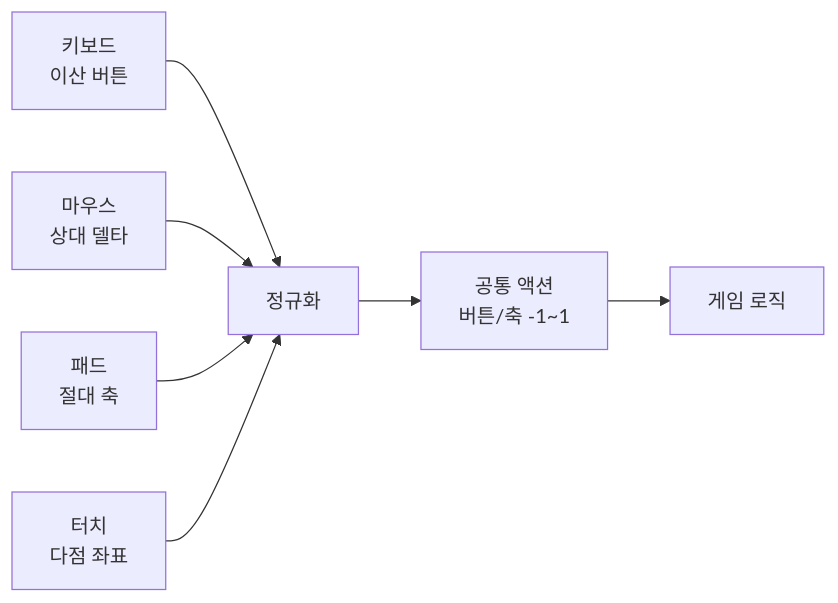
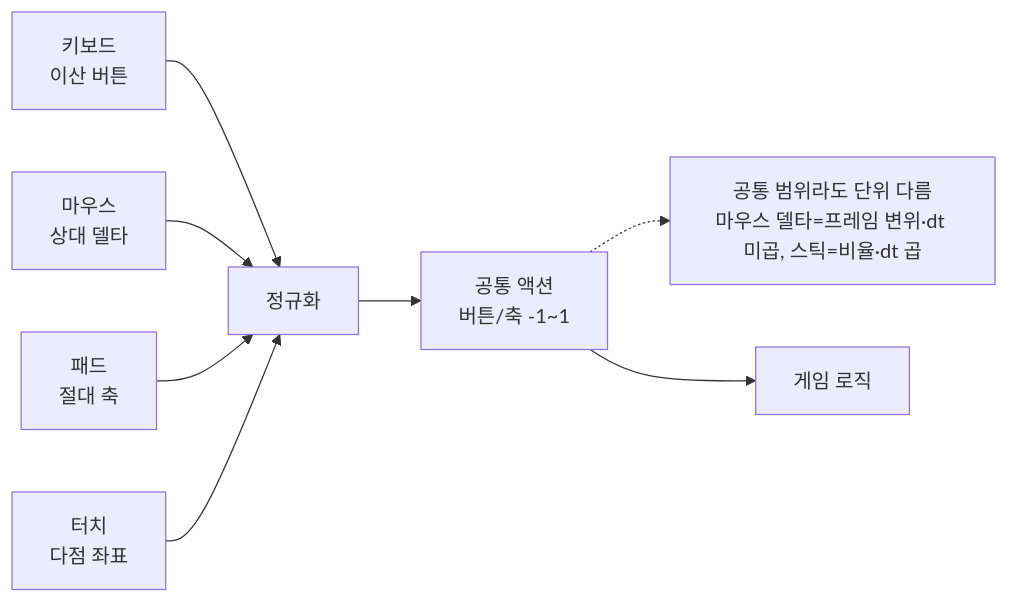
Before and after one commit to Rein-ArXiv/game-dev-curriculum: the third of 4 diagrams in engine/part04_input.md, drawn with Mermaid. The commit also changed other lines of this file and 279 other files, not shown here.

````diff
--- a/engine/part04_input.md
+++ b/engine/part04_input.md
@@ -339,9 +351,9 @@
 ```mermaid
 flowchart LR
     KB[키보드<br/>이산 버튼] --> Norm[정규화]
     MS[마우스<br/>상대 델타] --> Norm
     PAD[패드<br/>절대 축] --> Norm
     TOUCH[터치<br/>다점 좌표] --> Norm
-    Norm --> Act[공통 액션<br/>버튼/축 -1~1]
+    Norm --> Act[공통 액션<br/>버튼/축 -1~1]; Act -.-> UnitNote[공통 범위라도 단위 다름<br/>마우스 델타=프레임 변위·dt 미곱, 스틱=비율·dt 곱]
     Act --> Game[게임 로직]
 ```
````
